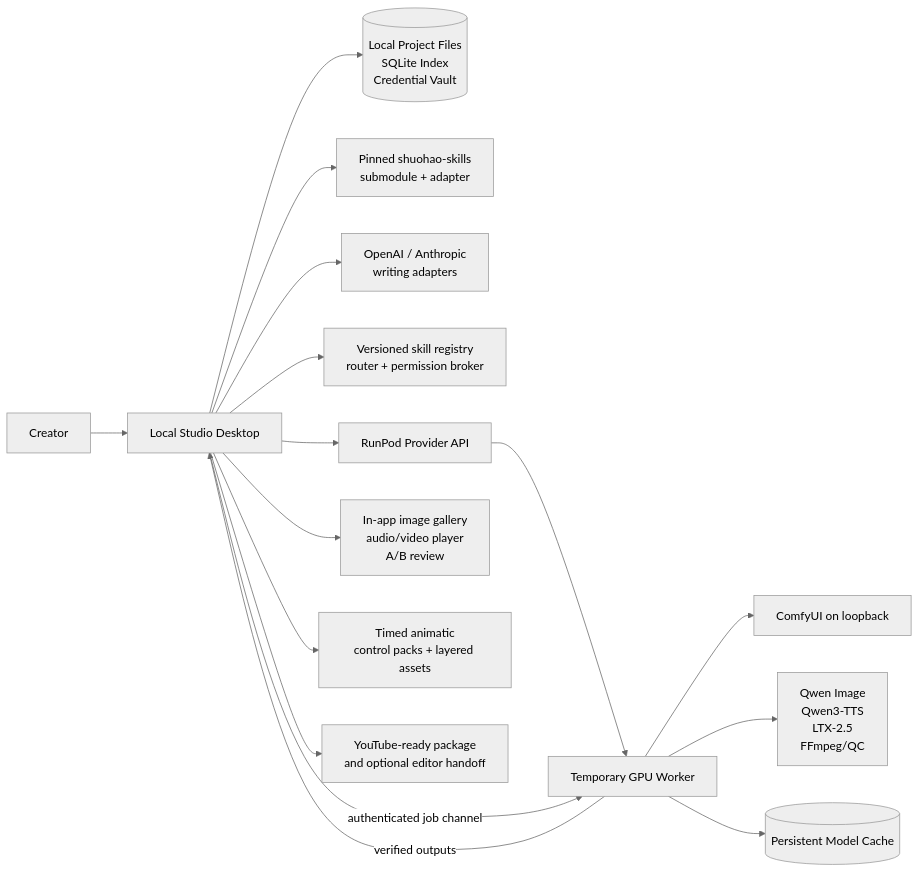
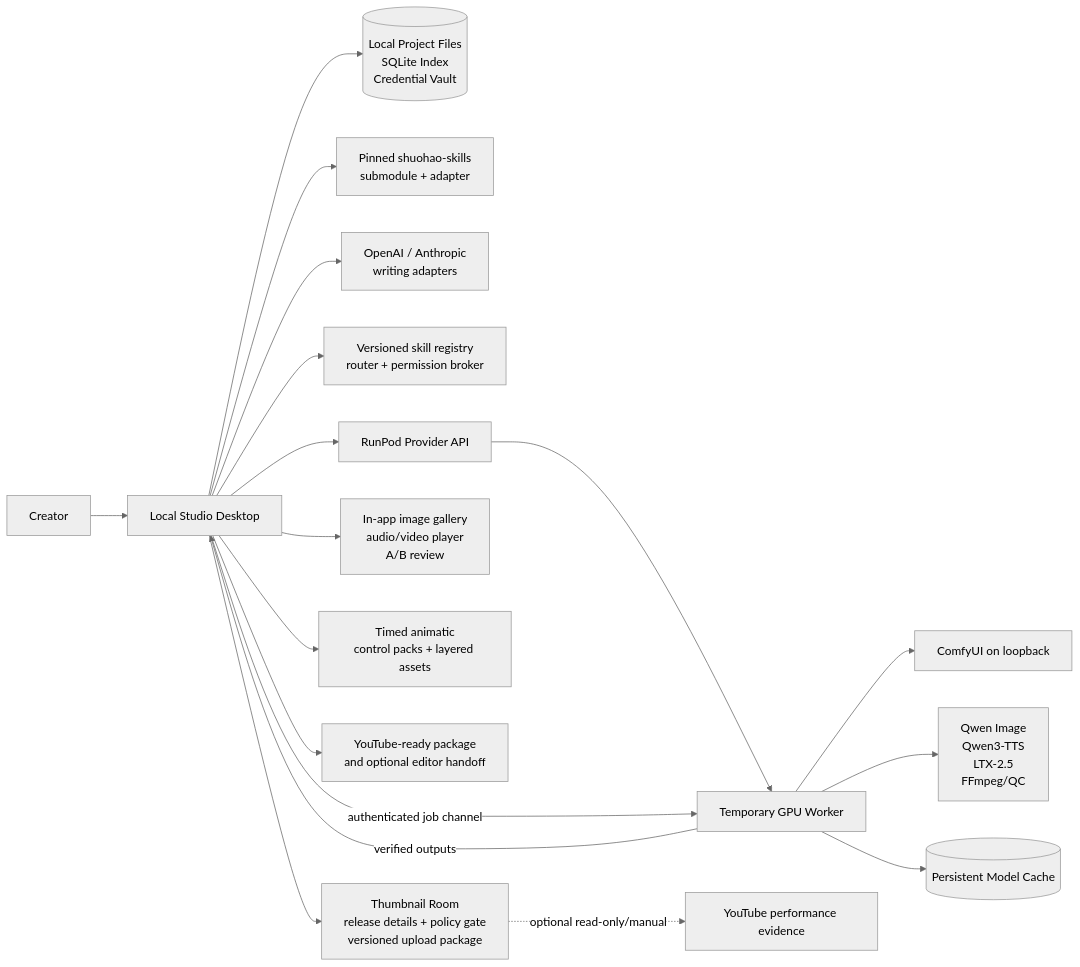
The first of 3 diagrams in docs/ARCHITECTURE.md (sagesta/animated-series-worker), drawn with Mermaid (neutral theme) before and after one commit. The commit also changed other lines of this file and 19 other files, not shown here.

Commit message:
docs: add YouTube release and learning workflow

````diff
--- a/docs/ARCHITECTURE.md
+++ b/docs/ARCHITECTURE.md
@@ -21,18 +22,20 @@
 ```mermaid
 flowchart LR
     Creator[Creator] --> Desktop[Local Studio Desktop]
     Desktop --> LocalStore[(Local Project Files\nSQLite Index\nCredential Vault)]
     Desktop --> Upstream[Pinned shuohao-skills\nsubmodule + adapter]
     Desktop --> Writing[OpenAI / Anthropic\nwriting adapters]
     Desktop --> Skills[Versioned skill registry\nrouter + permission broker]
     Desktop --> Provider[RunPod Provider API]
     Provider --> Worker[Temporary GPU Worker]
     Desktop -->|authenticated job channel| Worker
     Worker --> Comfy[ComfyUI on loopback]
     Worker --> Engines[Qwen Image\nQwen3-TTS\nLTX-2.5\nFFmpeg/QC]
     Worker --> Cache[(Persistent Model Cache)]
     Worker -->|verified outputs| Desktop
     Desktop --> Review[In-app image gallery\naudio/video player\nA/B review]
     Desktop --> Previz[Timed animatic\ncontrol packs + layered assets]
     Desktop --> Export[YouTube-ready package\nand optional editor handoff]
+    Desktop --> Release[Thumbnail Room\nrelease details + policy gate\nversioned upload package]
+    Release -. optional read-only/manual .-> Analytics[YouTube performance evidence]
 ```
````
